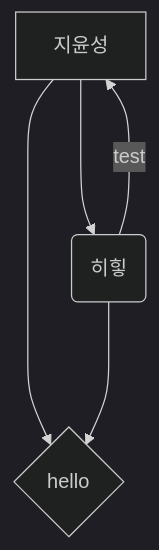
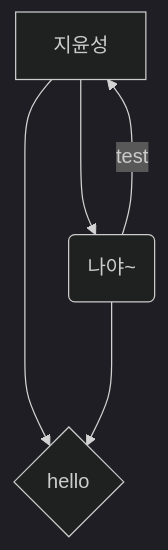
Before and after one commit to JYSabcd/Project01: the first of 2 diagrams in README.md, drawn with Mermaid (dark theme).

Commit message:
mermaid test 추가

````diff
--- a/README.md
+++ b/README.md
@@ -4,9 +4,9 @@
 ```mermaid
 flowchart TB
     A[지윤성]
-    B(히힣)
+    B("나야~")
     A ---> B
     B --test--> A
     A --> C{hello}
     B ---> C
 ```
````
